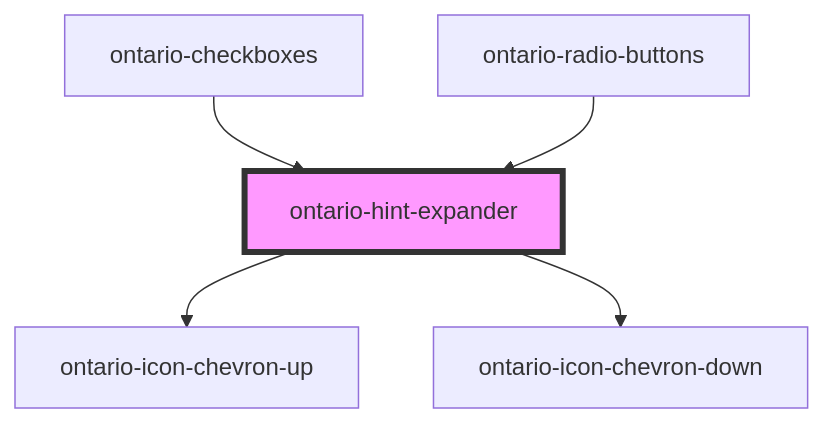
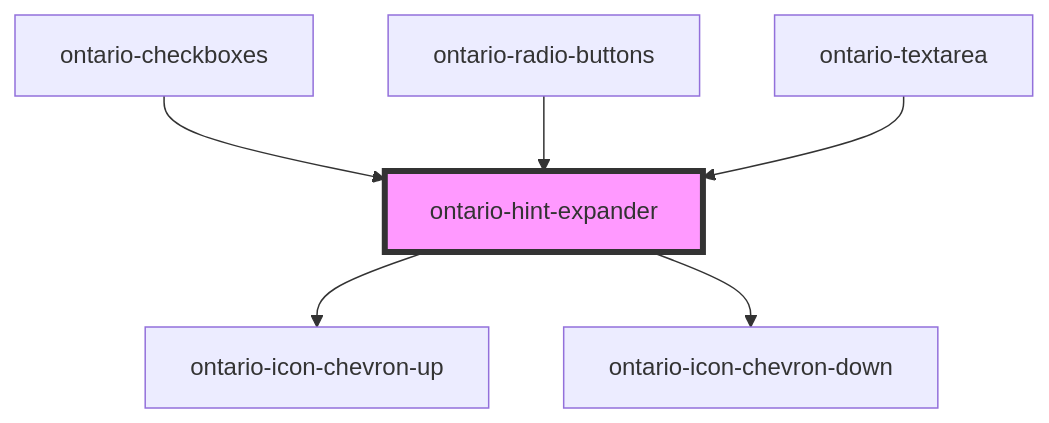
Before and after one commit to ongov/ontario-design-system: the diagram in packages/ontario-design-system-component-library/src/components/ontario-hint-expander/readme.md, drawn with Mermaid. The commit also changed other lines of this file and 7 other files, not shown here.

Commit message:
hint text and textarea added for Ontario input and Ontario textarea

````diff
--- a/packages/ontario-design-system-component-library/src/components/ontario-hint-expander/readme.md
+++ b/packages/ontario-design-system-component-library/src/components/ontario-hint-expander/readme.md
@@ -83,8 +84,9 @@
 ```mermaid
 graph TD;
   ontario-hint-expander --> ontario-icon-chevron-up
   ontario-hint-expander --> ontario-icon-chevron-down
   ontario-checkboxes --> ontario-hint-expander
   ontario-radio-buttons --> ontario-hint-expander
+  ontario-textarea --> ontario-hint-expander
   style ontario-hint-expander fill:#f9f,stroke:#333,stroke-width:4px
 ```
````
